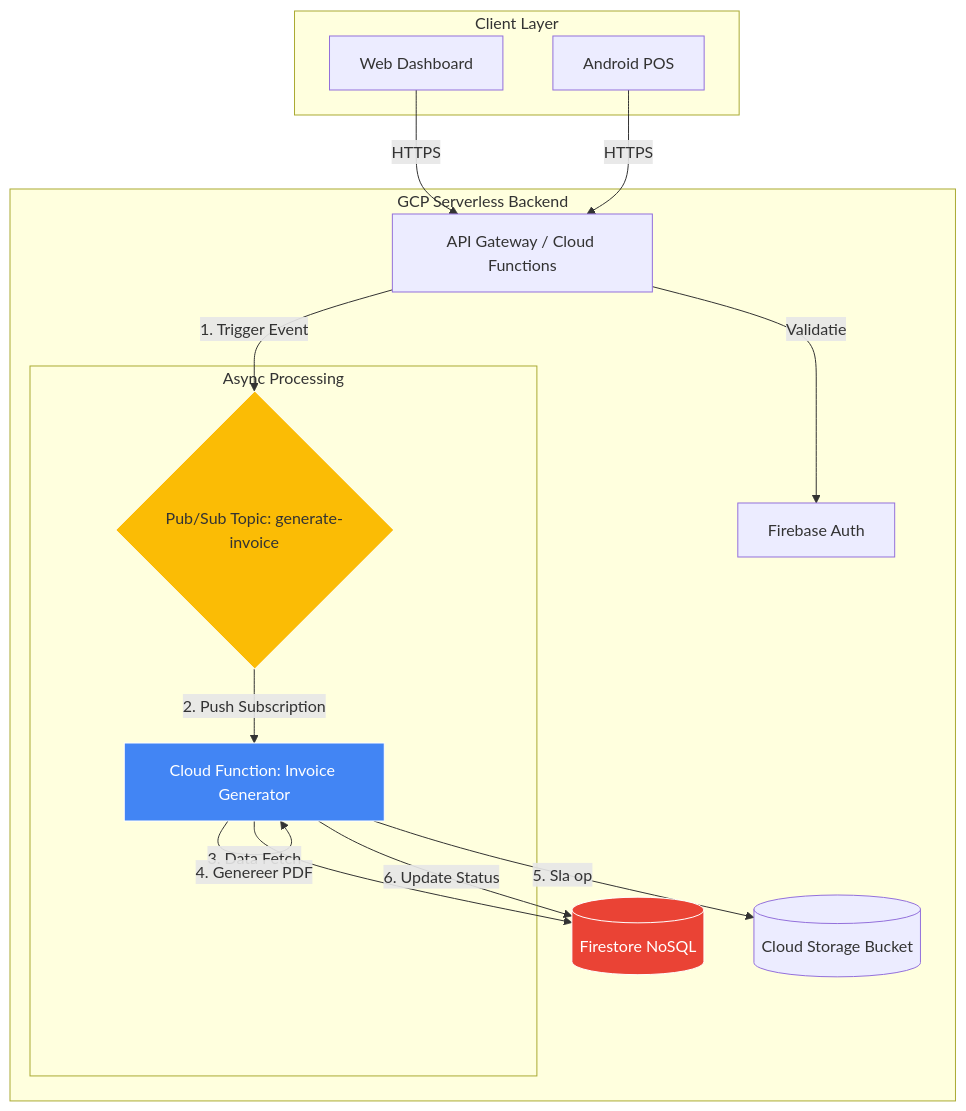
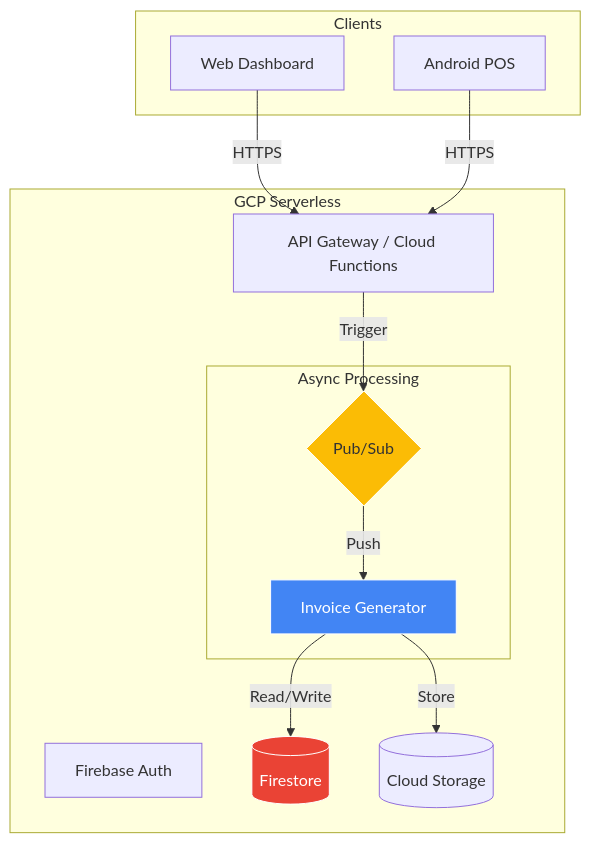
The diagram in README.md (CislinkNL/CislinkNL), drawn with Mermaid before and after one commit. The commit also changed other lines of this file, not shown here.

````diff
--- a/README.md
+++ b/README.md
@@ -65,36 +81,31 @@
 ```mermaid
 graph TD
-    subgraph Client Layer
+    subgraph Clients
         Web[Web Dashboard]
         POS[Android POS]
     end
 
-    subgraph "GCP Serverless Backend"
+    subgraph "GCP Serverless"
         API[API Gateway / Cloud Functions]
         Auth[Firebase Auth]
-        
+
         subgraph "Async Processing"
-            PubSub{Pub/Sub Topic: generate-invoice}
-            Worker[Cloud Function: Invoice Generator]
+            PubSub{Pub/Sub}
+            Worker[Invoice Generator]
         end
-        
-        DB[(Firestore NoSQL)]
-        Storage[(Cloud Storage Bucket)]
+
+        DB[(Firestore)]
+        Storage[(Cloud Storage)]
     end
 
     Web -->|HTTPS| API
     POS -->|HTTPS| API
-    API -->|Validatie| Auth
-    
-    API -->|1. Trigger Event| PubSub
-    PubSub -->|2. Push Subscription| Worker
-    
-    Worker -->|3. Data Fetch| DB
-    Worker -->|4. Genereer PDF| Worker
-    Worker -->|5. Sla op| Storage
-    Worker -->|6. Update Status| DB
+    API -->|Trigger| PubSub
+    PubSub -->|Push| Worker
+    Worker -->|Read/Write| DB
+    Worker -->|Store| Storage
 
     style Worker fill:#4285F4,stroke:#fff,color:#fff
     style PubSub fill:#FBBC05,stroke:#fff,color:#333
     style DB fill:#EA4335,stroke:#fff,color:#fff
 ```
````
